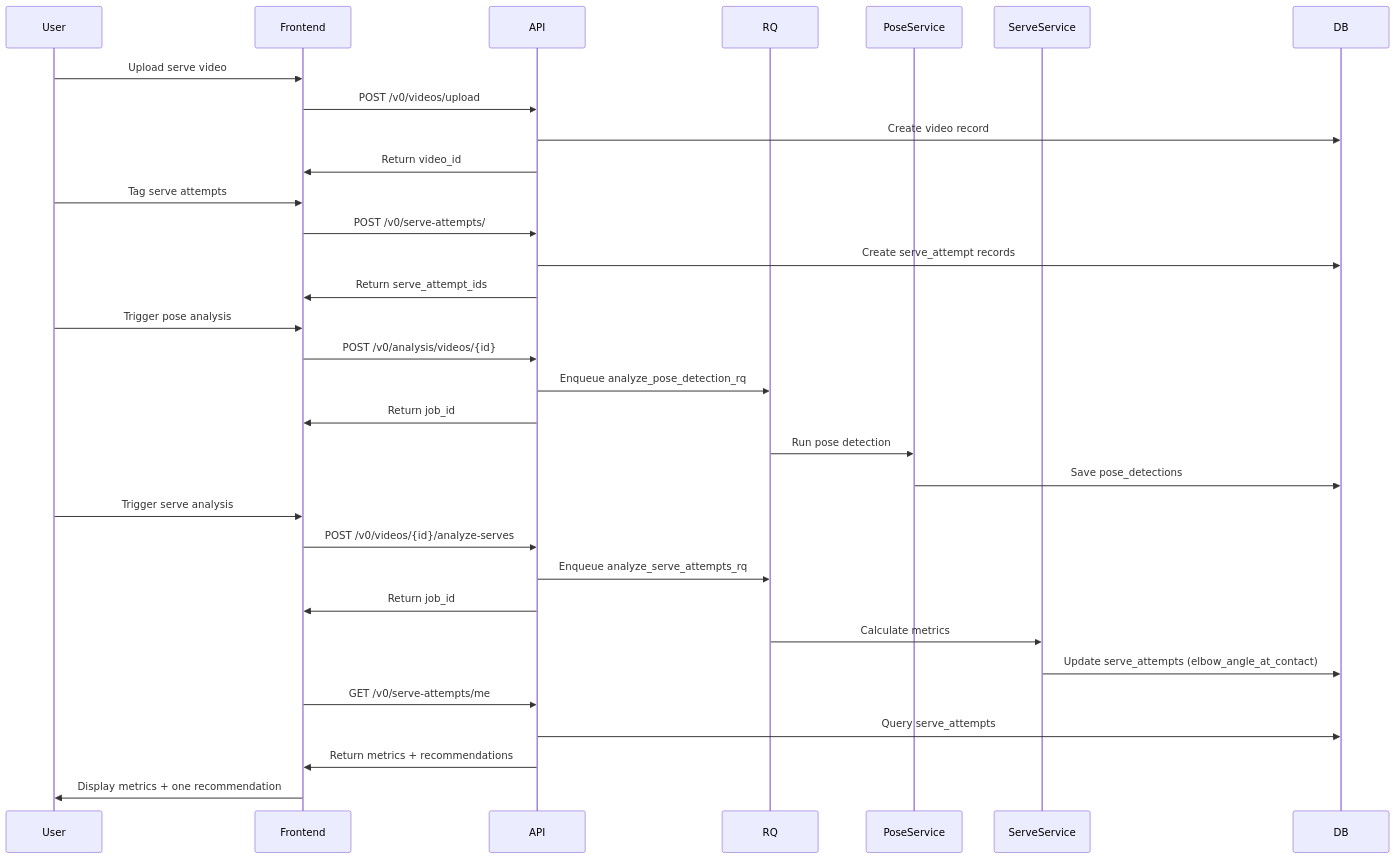
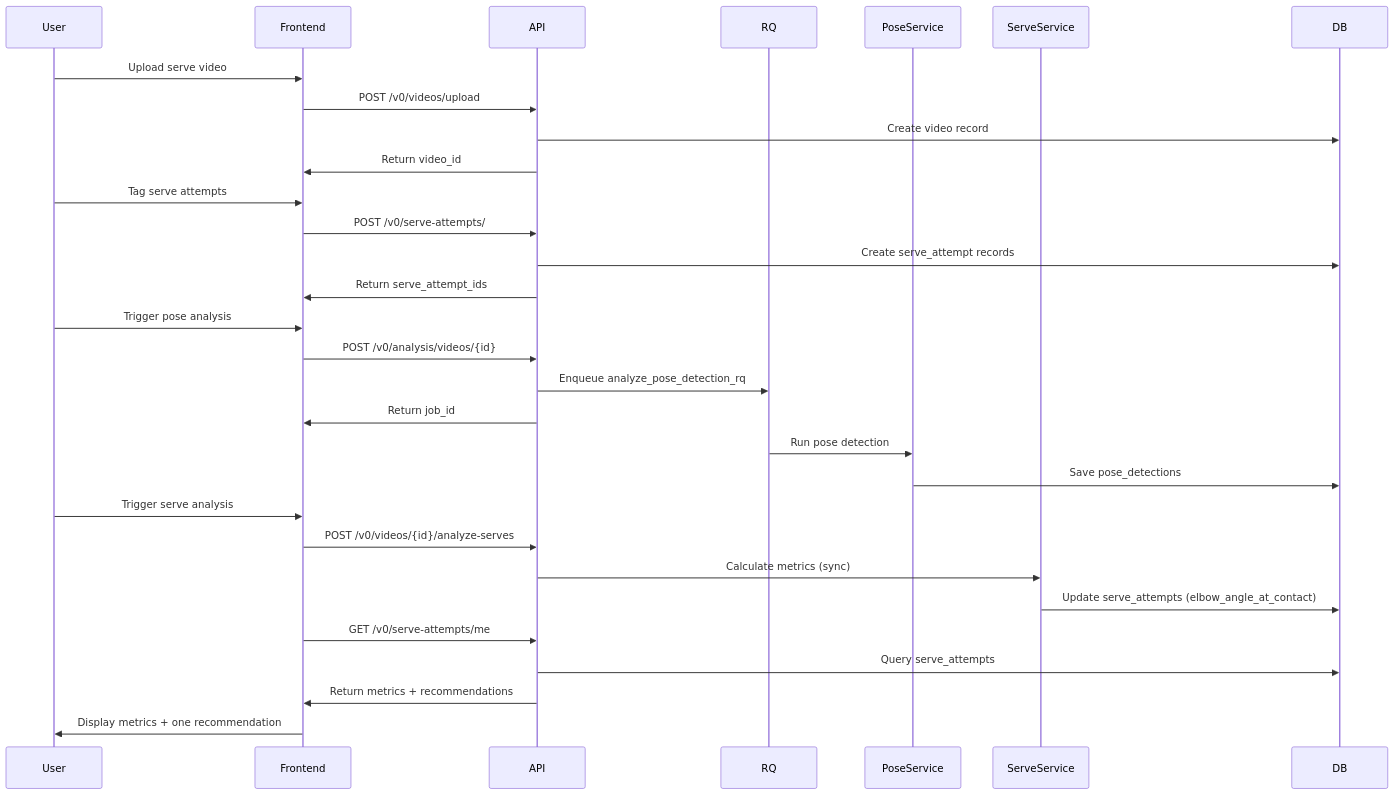
The second of 3 diagrams in .cursor/plans/serve_mvp_backend_refactor_22e6c4fc.plan.md (aseda-sam/tennis_coach_app), drawn with Mermaid before and after one commit. The commit also changed other lines of this file and 14 other files, not shown here.

````diff
--- a/.cursor/plans/serve_mvp_backend_refactor_22e6c4fc.plan.md
+++ b/.cursor/plans/serve_mvp_backend_refactor_22e6c4fc.plan.md
@@ -88,41 +86,38 @@
 ```mermaid
 sequenceDiagram
     participant User
     participant Frontend
     participant API
     participant RQ
     participant PoseService
     participant ServeService
     participant DB
 
     User->>Frontend: Upload serve video
     Frontend->>API: POST /v0/videos/upload
     API->>DB: Create video record
     API->>Frontend: Return video_id
 
     User->>Frontend: Tag serve attempts
     Frontend->>API: POST /v0/serve-attempts/
     API->>DB: Create serve_attempt records
     API->>Frontend: Return serve_attempt_ids
 
     User->>Frontend: Trigger pose analysis
     Frontend->>API: POST /v0/analysis/videos/{id}
     API->>RQ: Enqueue analyze_pose_detection_rq
     API->>Frontend: Return job_id
 
     RQ->>PoseService: Run pose detection
     PoseService->>DB: Save pose_detections
 
     User->>Frontend: Trigger serve analysis
     Frontend->>API: POST /v0/videos/{id}/analyze-serves
-    API->>RQ: Enqueue analyze_serve_attempts_rq
-    API->>Frontend: Return job_id
-
-    RQ->>ServeService: Calculate metrics
+    API->>ServeService: Calculate metrics (sync)
     ServeService->>DB: Update serve_attempts (elbow_angle_at_contact)
 
     Frontend->>API: GET /v0/serve-attempts/me
     API->>DB: Query serve_attempts
     API->>Frontend: Return metrics + recommendations
     Frontend->>User: Display metrics + one recommendation
 ```
````
